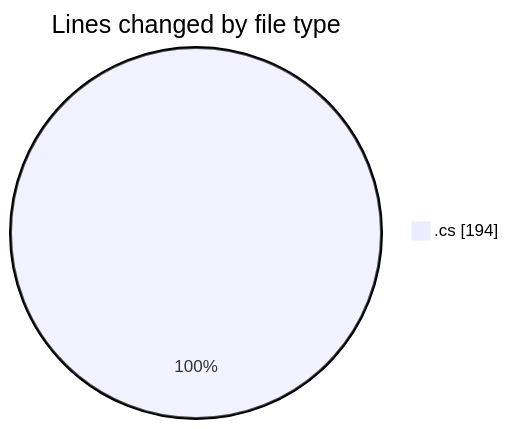
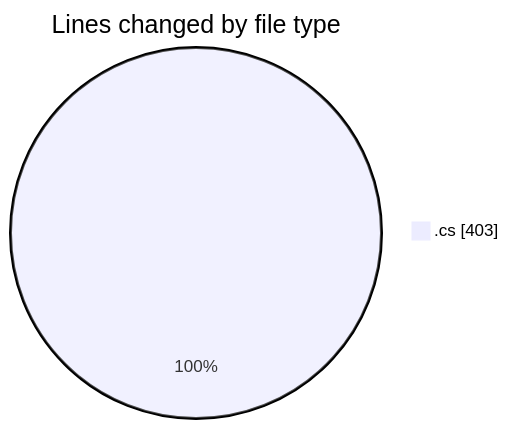
The first of 2 diagrams in 2025-04-04/back-end/README.md (Netris89/code-tracking), drawn with Mermaid before and after one commit. The commit also changed other lines of this file and 1 other file, not shown here.

````diff
--- a/2025-04-04/back-end/README.md
+++ b/2025-04-04/back-end/README.md
@@ -20,5 +20,5 @@
 ```mermaid
 pie showData
 title Lines changed by file type
-".cs" : 194
+".cs" : 403
 ```
````
